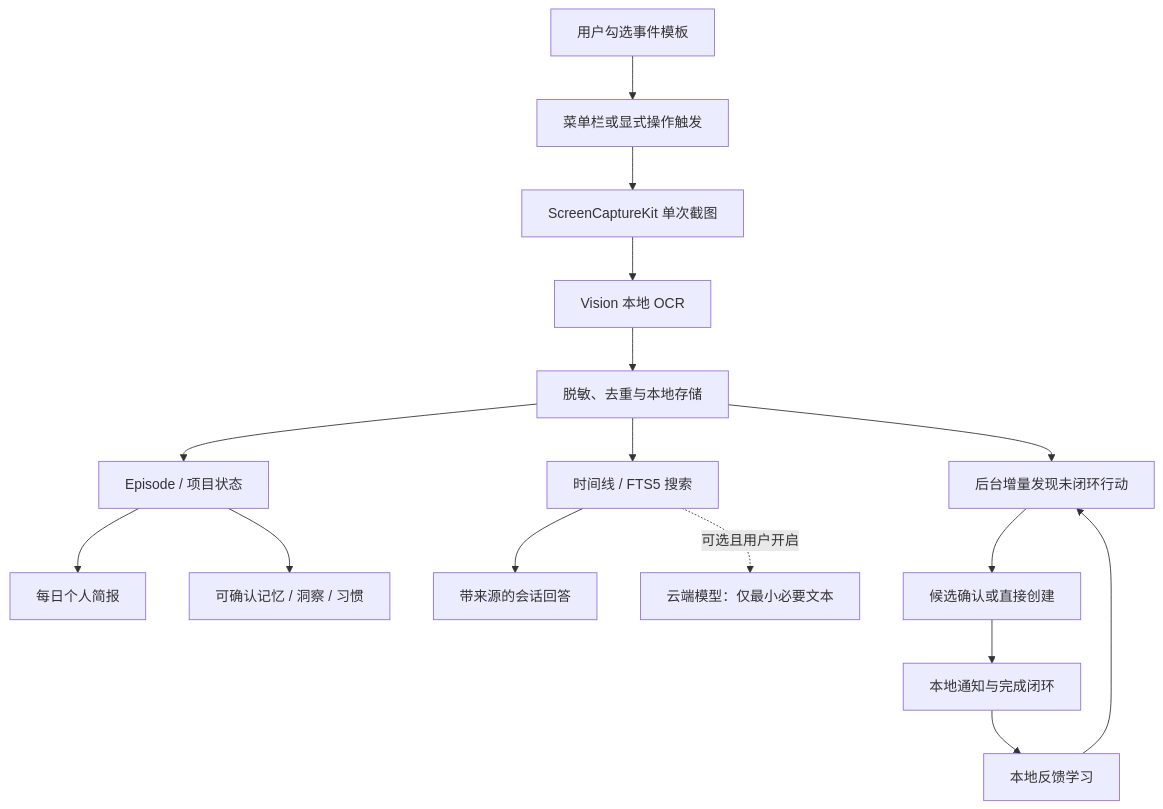
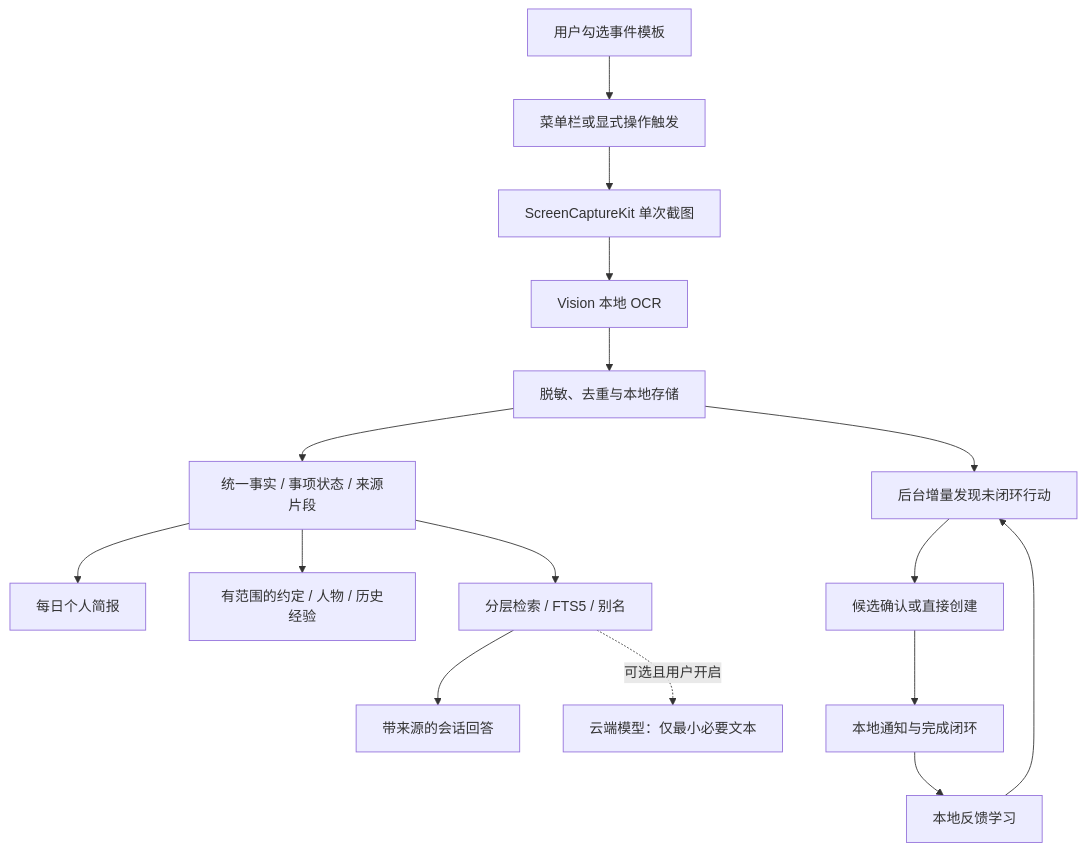
One commit to samz406/Recall changed the diagram in README.md. Above: the diagram before and after it, drawn with Mermaid. The commit also changed other lines of this file and 21 other files, not shown here.

````diff
--- a/README.md
+++ b/README.md
@@ -33,18 +33,18 @@
 ```mermaid
 flowchart TD
     A[用户勾选事件模板] --> B[菜单栏或显式操作触发]
     B --> C[ScreenCaptureKit 单次截图]
     C --> D[Vision 本地 OCR]
     D --> E[脱敏、去重与本地存储]
-    E --> F[Episode / 项目状态]
+    E --> F[统一事实 / 事项状态 / 来源片段]
     F --> G[每日个人简报]
-    F --> H[可确认记忆 / 洞察 / 习惯]
-    E --> I[时间线 / FTS5 搜索]
+    F --> H[有范围的约定 / 人物 / 历史经验]
+    F --> I[分层检索 / FTS5 / 别名]
     I --> J[带来源的会话回答]
     E --> K[后台增量发现未闭环行动]
     K --> L[候选确认或直接创建]
     L --> M[本地通知与完成闭环]
     M --> O[本地反馈学习]
     O --> K
     I -.可选且用户开启.-> N[云端模型：仅最小必要文本]
 ```
````
